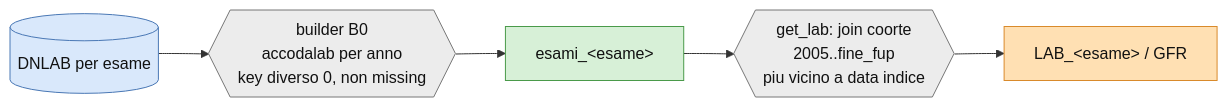
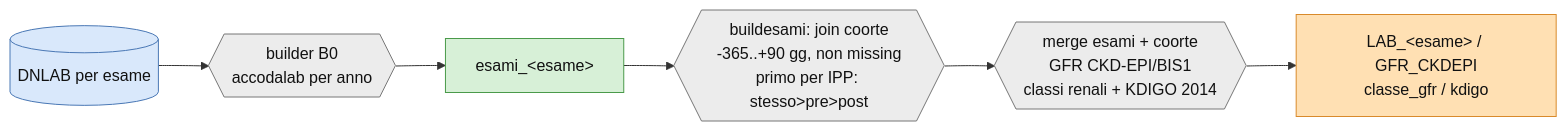
Before and after one commit to arjunascagnetto/OCVTS: the ninth of 18 diagrams in OCVTS.md, drawn with Mermaid. The commit also changed other lines of this file, not shown here.

First line of the commit message:
Esami: dettaglio costruzione + diagramma per laboratorio, ECO/ECG, spirometrie, fenotipo, parametri funzionali

````diff
--- a/OCVTS.md
+++ b/OCVTS.md
@@ -675,9 +690,10 @@
 ```mermaid
 flowchart LR
-  dnlab[(DNLAB per esame)]:::l0 --> B0{{builder B0<br/>accodalab per anno<br/>key diverso 0, non missing}}:::tf --> esami[esami_&lt;esame&gt;]:::l1
-  esami --> GL{{get_lab: join coorte<br/>2005..fine_fup<br/>piu vicino a data indice}}:::tf --> lab[LAB_&lt;esame&gt; / GFR]:::out
+  dnlab[(DNLAB per esame)]:::l0 --> B0{{builder B0<br/>accodalab per anno}}:::tf --> esami[esami_&lt;esame&gt;]:::l1
+  esami --> BE{{buildesami: join coorte<br/>-365..+90 gg, non missing<br/>primo per IPP: stesso&gt;pre&gt;post}}:::tf --> merge{{merge esami + coorte<br/>GFR CKD-EPI/BIS1<br/>classi renali + KDIGO 2014}}:::tf
+  merge --> OUT[LAB_&lt;esame&gt; / GFR_CKDEPI<br/>classe_gfr / kdigo]:::out
   classDef l0 fill:#d9e8fb,stroke:#4a78b5,color:#111;
   classDef l1 fill:#d7f0d7,stroke:#4a9a4a,color:#111;
   classDef tf fill:#ececec,stroke:#777,color:#111;
   classDef out fill:#ffe0b3,stroke:#d98a2b,color:#111;
 ```
````
